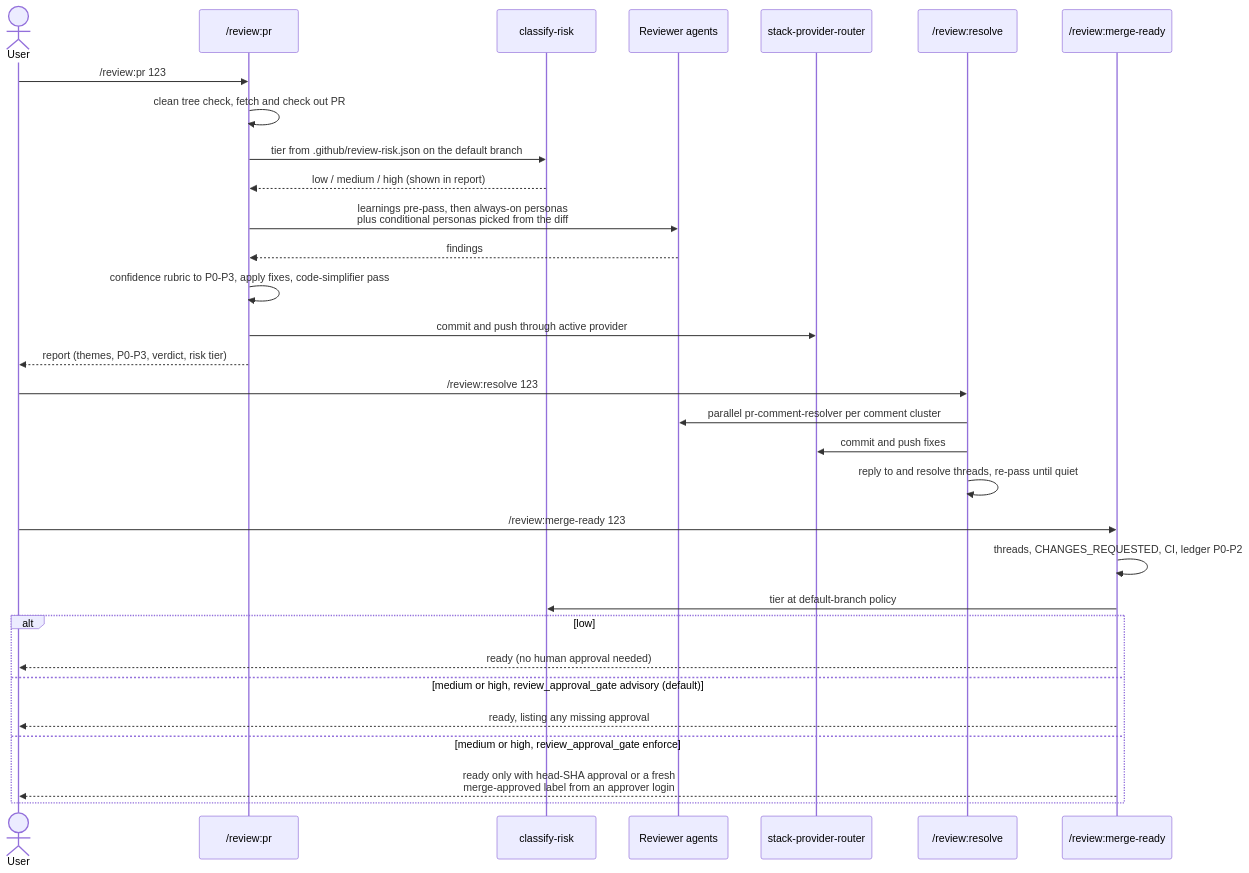
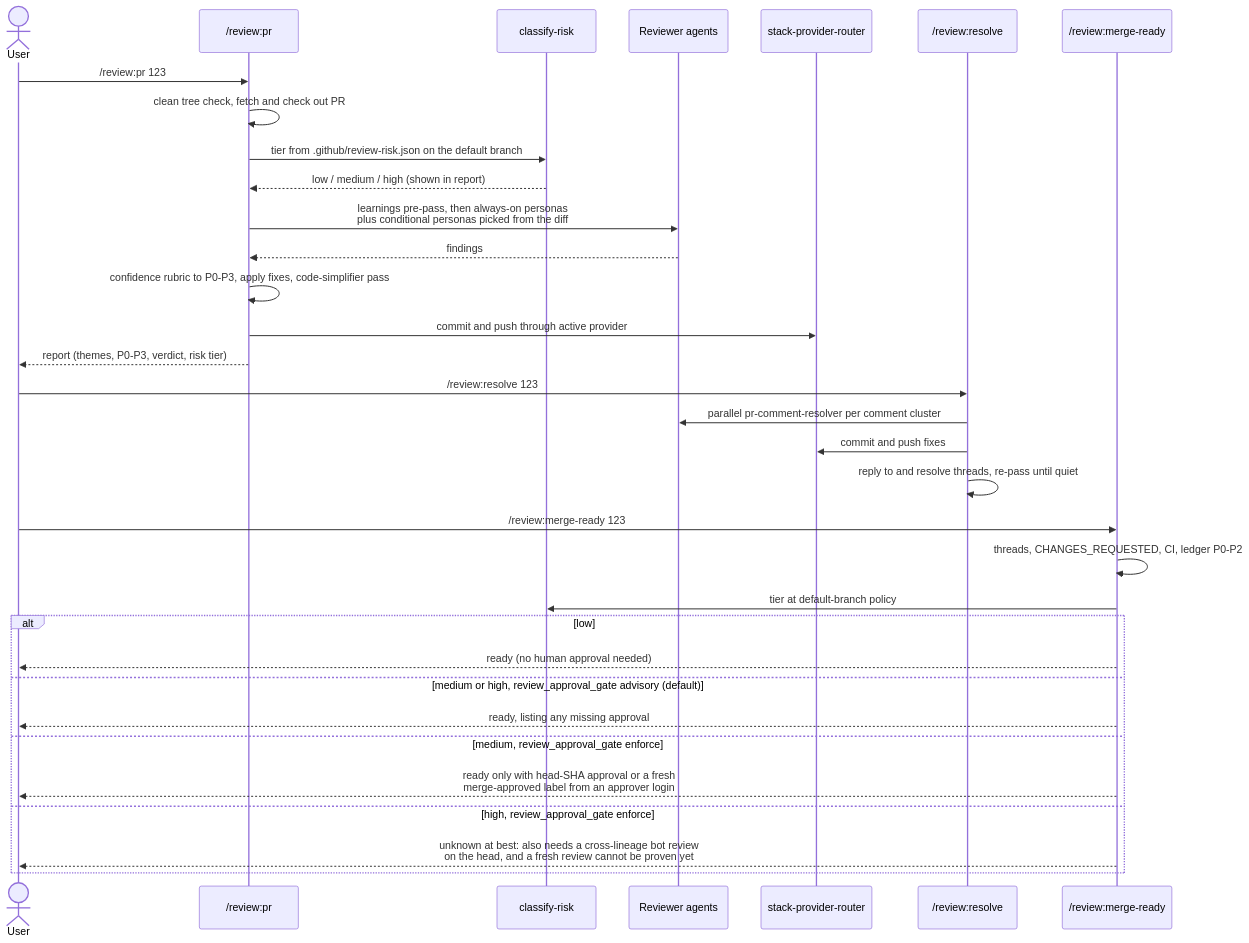
One commit to KingInYellows/yellow-plugins changed the sixth of 8 diagrams in docs/workflow-diagrams.md. Above: the diagram before and after it, drawn with Mermaid. The commit also changed other lines of this file and 1 other file, not shown here.

First line of the commit message:
docs: correct high-tier merge gate, push-hook scope and quickstart push note

````diff
--- a/docs/workflow-diagrams.md
+++ b/docs/workflow-diagrams.md
@@ -186,33 +188,35 @@
 ```mermaid
 sequenceDiagram
   actor User
   participant PR as /review:pr
   participant Risk as classify-risk
   participant Agents as Reviewer agents
   participant Router as stack-provider-router
   participant Resolve as /review:resolve
   participant Gate as /review:merge-ready
   User->>PR: /review:pr 123
   PR->>PR: clean tree check, fetch and check out PR
   PR->>Risk: tier from .github/review-risk.json on the default branch
   Risk-->>PR: low / medium / high (shown in report)
   PR->>Agents: learnings pre-pass, then always-on personas<br/>plus conditional personas picked from the diff
   Agents-->>PR: findings
   PR->>PR: confidence rubric to P0-P3, apply fixes, code-simplifier pass
   PR->>Router: commit and push through active provider
   PR-->>User: report (themes, P0-P3, verdict, risk tier)
   User->>Resolve: /review:resolve 123
   Resolve->>Agents: parallel pr-comment-resolver per comment cluster
   Resolve->>Router: commit and push fixes
   Resolve->>Resolve: reply to and resolve threads, re-pass until quiet
   User->>Gate: /review:merge-ready 123
   Gate->>Gate: threads, CHANGES_REQUESTED, CI, ledger P0-P2
   Gate->>Risk: tier at default-branch policy
   alt low
     Gate-->>User: ready (no human approval needed)
   else medium or high, review_approval_gate advisory (default)
     Gate-->>User: ready, listing any missing approval
-  else medium or high, review_approval_gate enforce
+  else medium, review_approval_gate enforce
     Gate-->>User: ready only with head-SHA approval or a fresh<br/>merge-approved label from an approver login
+  else high, review_approval_gate enforce
+    Gate-->>User: unknown at best: also needs a cross-lineage bot review<br/>on the head, and a fresh review cannot be proven yet
   end
 ```
````
